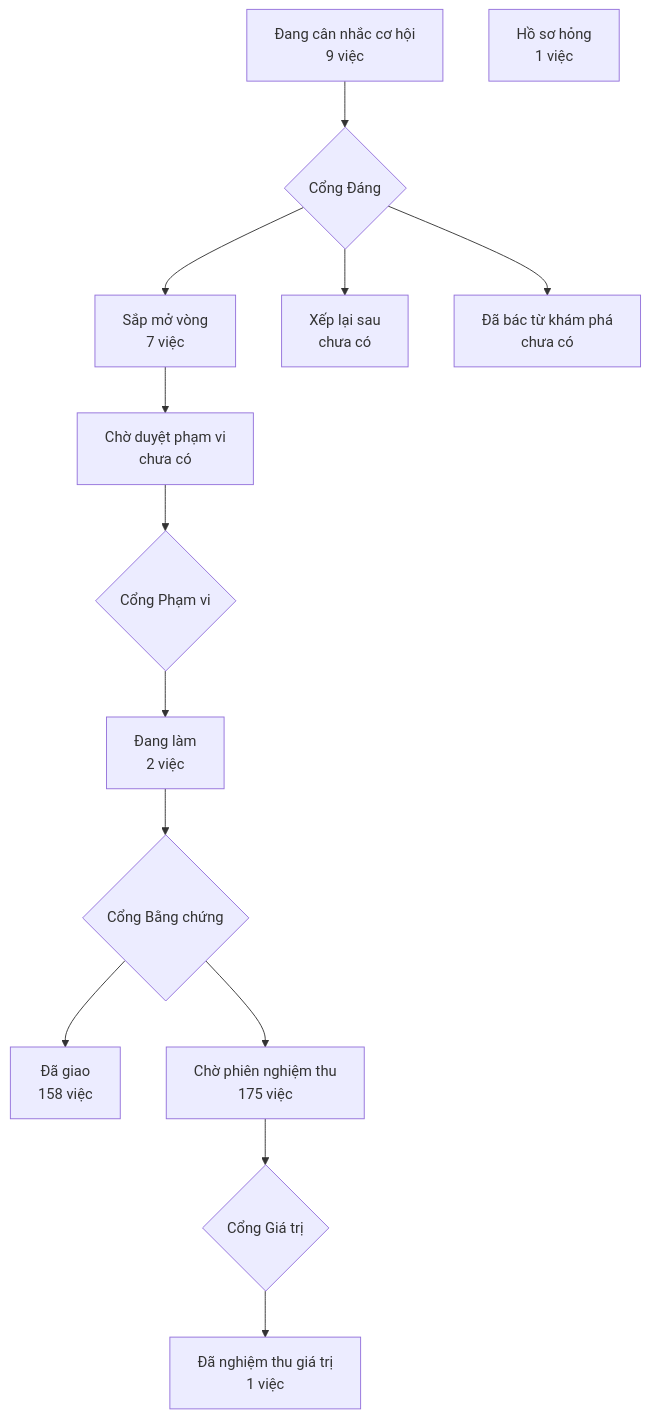
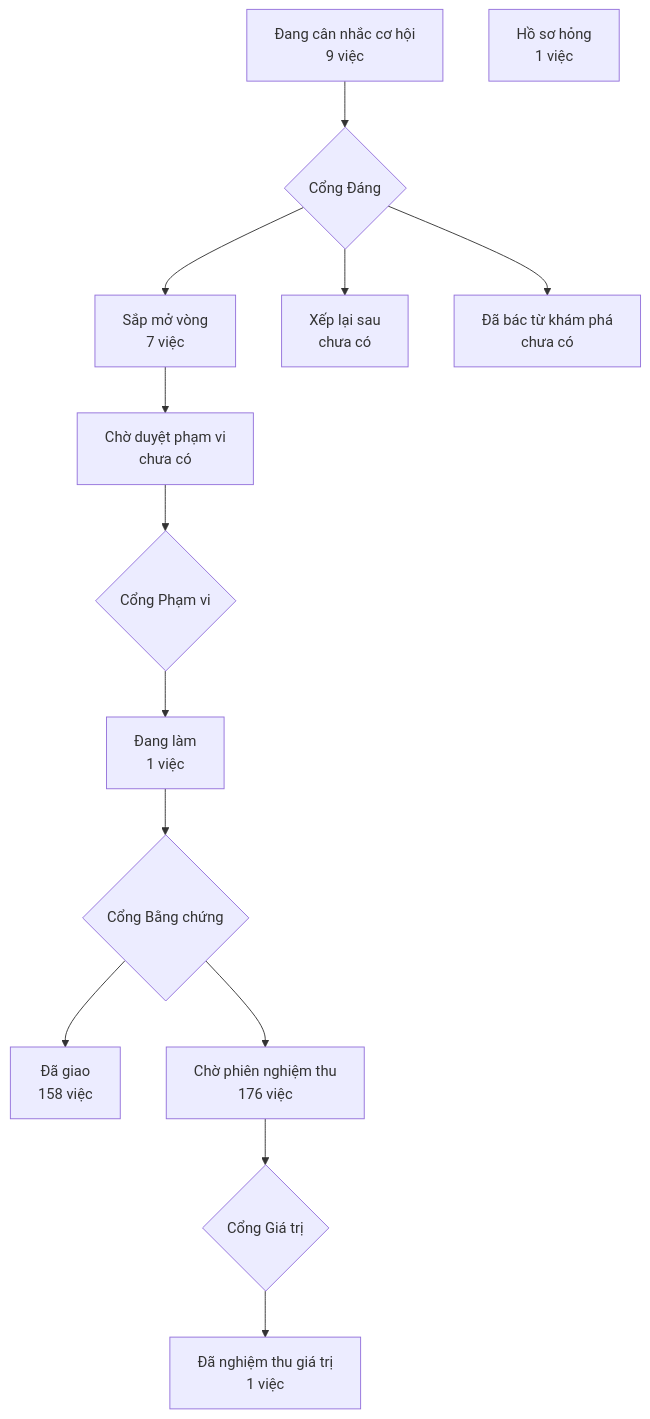
Before and after one commit to phanlemanh/crm-onehub: the diagram in PRODUCT-MAP.md, drawn with Mermaid. The commit also changed 4 other files, not shown here.

````diff
--- a/PRODUCT-MAP.md
+++ b/PRODUCT-MAP.md
@@ -7,13 +7,13 @@
 ```mermaid
 flowchart TD
   A["Đang cân nhắc cơ hội<br/>9 việc"] --> GD{"Cổng Đáng"}
   GD --> B["Sắp mở vòng<br/>7 việc"]
   GD --> XL["Xếp lại sau<br/>chưa có"]
   GD --> DB["Đã bác từ khám phá<br/>chưa có"]
   B --> CD["Chờ duyệt phạm vi<br/>chưa có"] --> GP{"Cổng Phạm vi"}
-  GP --> DL["Đang làm<br/>2 việc"] --> GB{"Cổng Bằng chứng"}
+  GP --> DL["Đang làm<br/>1 việc"] --> GB{"Cổng Bằng chứng"}
   GB --> DG["Đã giao<br/>158 việc"]
-  GB --> CN["Chờ phiên nghiệm thu<br/>175 việc"] --> GG{"Cổng Giá trị"}
+  GB --> CN["Chờ phiên nghiệm thu<br/>176 việc"] --> GG{"Cổng Giá trị"}
   GG --> NT["Đã nghiệm thu giá trị<br/>1 việc"]
   HS["Hồ sơ hỏng<br/>1 việc"]
 ```
````
